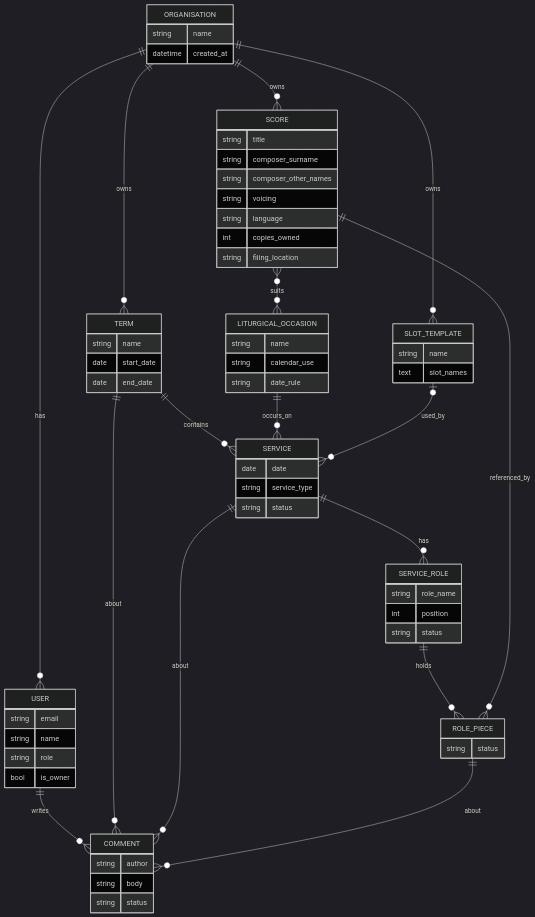
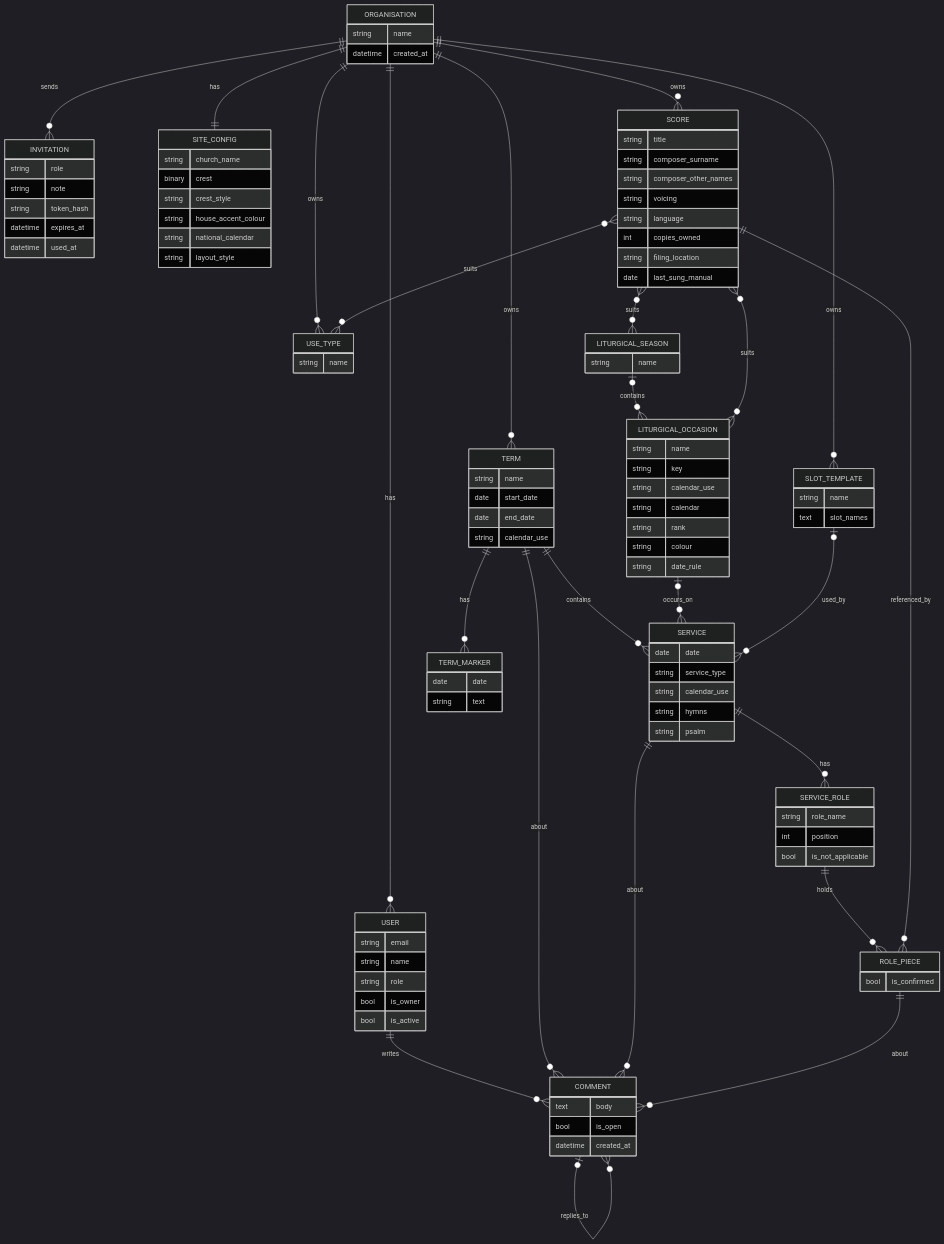
The diagram in docs/erd.mmd (StockoL/precentor), drawn with Mermaid (dark theme) before and after one commit. The commit also changed 1 other file, not shown here.

Commit message:
Add a data model section to the README and bring the ERD up to date
An assessor should be able to see the schema without reading the
code. The field tables come from the models themselves, and the ERD
had fallen behind them: it showed status columns that are worked out,
not stored, and was missing invitations, settings, use types,
seasons and notices.

```diff
--- a/docs/erd.mmd
+++ b/docs/erd.mmd
@@ -1,79 +1,124 @@
 erDiagram
   %% See docs/models_plan.md for the reasoning behind these choices:
-  %% - SCORE <-> LITURGICAL_OCCASION is a through-table (many-to-many)
   %% - COMMENT's link to TERM/SERVICE/ROLE_PIECE is one polymorphic
   %%   GenericForeignKey in Django, shown here as three edges since
   %%   erDiagram syntax can't express "one FK, any of three tables"
   %% - applying a SLOT_TEMPLATE copies its slot names into new
   %%   SERVICE_ROLE rows, which keep no link to it; the SERVICE only
   %%   records which template it uses now
   %% - every church's own data belongs to an ORGANISATION; services,
   %%   slots, pieces, notices and comments copy theirs from what they
   %%   belong to, so only the directly owned ones are drawn here
+  %% - a service's status and a score's "last sung" are worked out when
+  %%   needed, never stored, so they don't appear as columns
+  %% - LITURGICAL_OCCASION and LITURGICAL_SEASON are shared by every
+  %%   church and loaded by manage.py load_calendar
   ORGANISATION ||--o{ USER : has
+  ORGANISATION ||--o{ INVITATION : sends
+  ORGANISATION ||--|| SITE_CONFIG : has
   ORGANISATION ||--o{ TERM : owns
   ORGANISATION ||--o{ SCORE : owns
   ORGANISATION ||--o{ SLOT_TEMPLATE : owns
+  ORGANISATION ||--o{ USE_TYPE : owns
   USER ||--o{ COMMENT : writes
   TERM ||--o{ SERVICE : contains
-  LITURGICAL_OCCASION ||--o{ SERVICE : occurs_on
+  TERM ||--o{ TERM_MARKER : has
+  LITURGICAL_OCCASION |o--o{ SERVICE : occurs_on
+  LITURGICAL_SEASON |o--o{ LITURGICAL_OCCASION : contains
   SERVICE ||--o{ SERVICE_ROLE : has
   SLOT_TEMPLATE |o--o{ SERVICE : used_by
   SERVICE_ROLE ||--o{ ROLE_PIECE : holds
   SCORE ||--o{ ROLE_PIECE : referenced_by
   SCORE }o--o{ LITURGICAL_OCCASION : suits
+  SCORE }o--o{ LITURGICAL_SEASON : suits
+  SCORE }o--o{ USE_TYPE : suits
   TERM ||--o{ COMMENT : about
   SERVICE ||--o{ COMMENT : about
   ROLE_PIECE ||--o{ COMMENT : about
+  COMMENT |o--o{ COMMENT : replies_to
 
   ORGANISATION {
     string name
     datetime created_at
   }
   USER {
     string email
     string name
     string role
     bool is_owner
+    bool is_active
+  }
+  INVITATION {
+    string role
+    string note
+    string token_hash
+    datetime expires_at
+    datetime used_at
+  }
+  SITE_CONFIG {
+    string church_name
+    binary crest
+    string crest_style
+    string house_accent_colour
+    string national_calendar
+    string layout_style
   }
   TERM {
     string name
     date start_date
     date end_date
+    string calendar_use
+  }
+  TERM_MARKER {
+    date date
+    string text
   }
   SERVICE {
     date date
     string service_type
-    string status
+    string calendar_use
+    string hymns
+    string psalm
   }
   SERVICE_ROLE {
     string role_name
     int position
-    string status
+    bool is_not_applicable
   }
   SLOT_TEMPLATE {
     string name
     text slot_names
   }
   ROLE_PIECE {
-    string status
+    bool is_confirmed
   }
   SCORE {
     string title
     string composer_surname
     string composer_other_names
     string voicing
     string language
     int copies_owned
     string filing_location
+    date last_sung_manual
+  }
+  USE_TYPE {
+    string name
+  }
+  LITURGICAL_SEASON {
+    string name
   }
   LITURGICAL_OCCASION {
     string name
+    string key
     string calendar_use
+    string calendar
+    string rank
+    string colour
     string date_rule
   }
   COMMENT {
-    string author
-    string body
-    string status
+    text body
+    bool is_open
+    datetime created_at
   }
```
